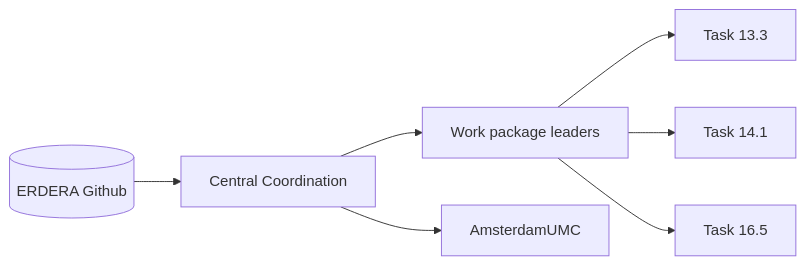
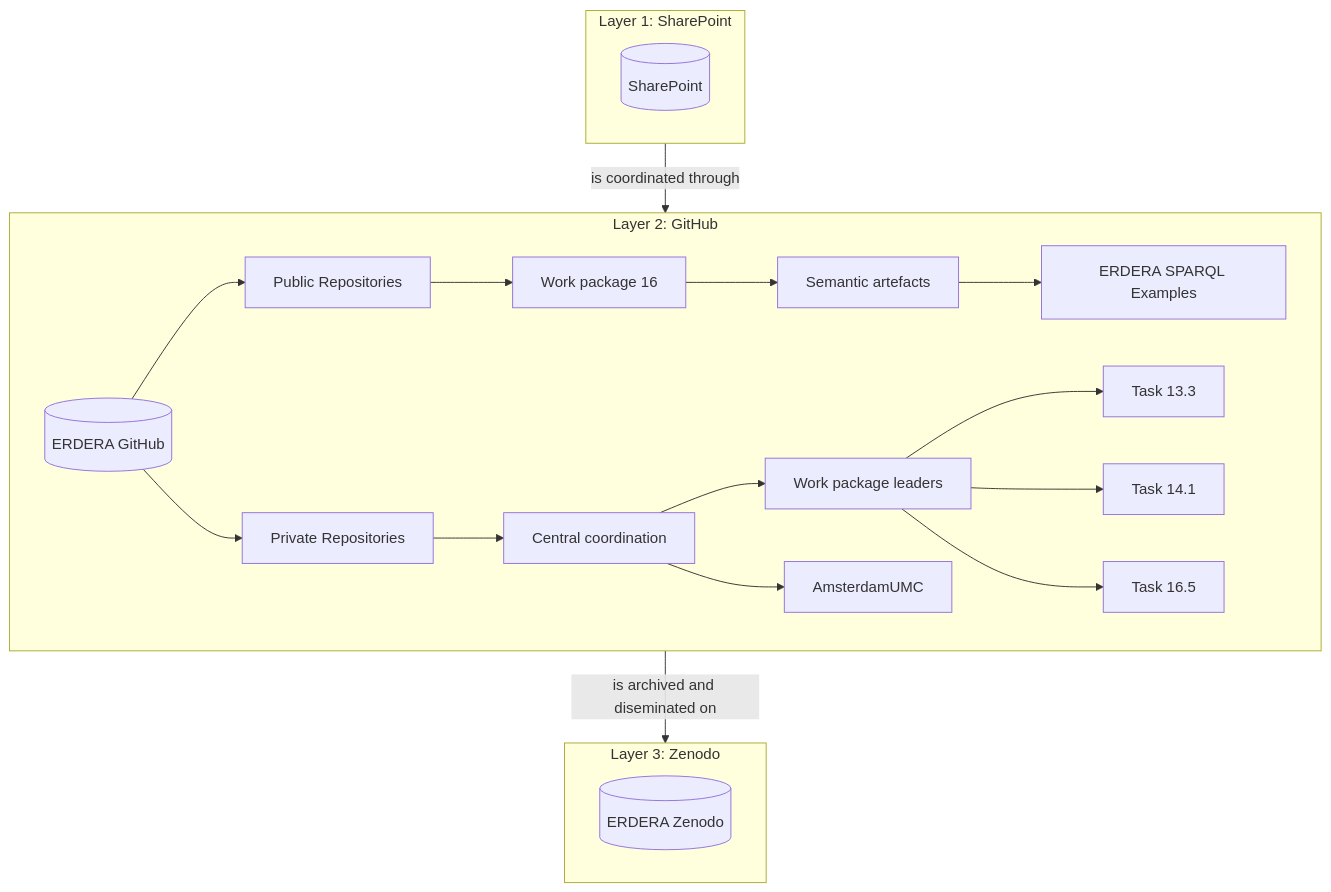
Before and after one commit to ERDERA/REPO-central-coordination: the diagram in README.md, drawn with Mermaid. The commit also changed other lines of this file, not shown here.

````diff
--- a/README.md
+++ b/README.md
@@ -25,9 +62,32 @@
 ```mermaid
-graph LR
-    EGH[(ERDERA Github)] --> CC[Central Coordination]
-    CC[Central Coordination] --> WPL[Work package leaders]
-    CC --> AMC[AmsterdamUMC]
-    WPL --> 13.3[Task 13.3]
-    WPL --> 14.1[Task 14.1]
-    WPL --> 16.5[Task 16.5]
+graph TD
+    subgraph ClusterA [Layer 1: SharePoint]
+        SP[(SharePoint)]
+    end
+
+    subgraph ClusterB [Layer 2: GitHub]
+    direction LR
+        EGH[(ERDERA GitHub)] --> PrivR[Private Repositories]
+        EGH --> PubR[Public Repositories]  
+        PubR --> WP16[Work package 16]
+        WP16 --> SE[Semantic artefacts]
+        SE --> SPARQLEX[ERDERA SPARQL Examples]
+        PrivR --> CC[Central coordination]
+        CC --> WPL[Work package leaders]
+        CC --> AMC[AmsterdamUMC]
+        WPL --> 13.3[Task 13.3]
+        WPL --> 14.1[Task 14.1]
+        WPL --> 16.5[Task 16.5]
+    end
+
+    subgraph ClusterC [Layer 3: Zenodo]
+        EZD[(ERDERA Zenodo)]
+    end
+    
+    ClusterA --> |is coordinated through| ClusterB
+    ClusterB --> |is archived and diseminated on| ClusterC
+
+
+
+
 ```
````
